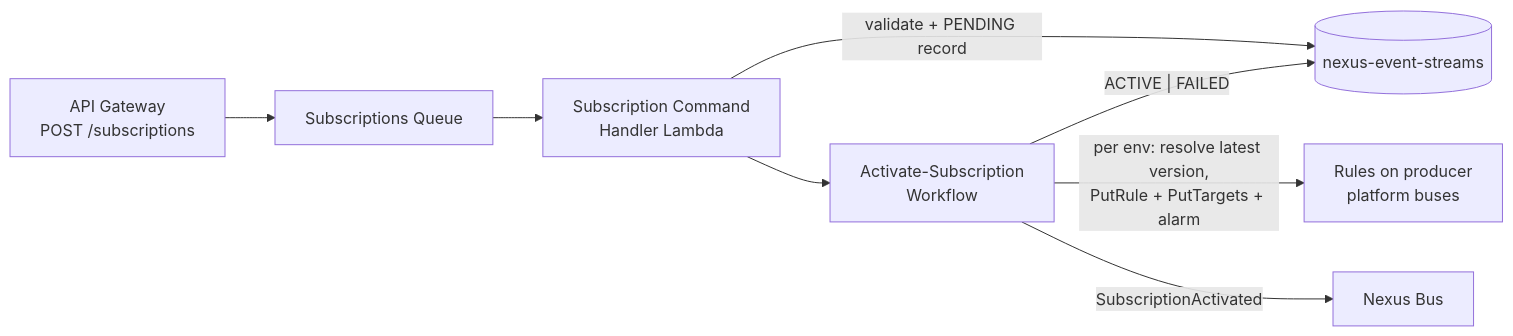
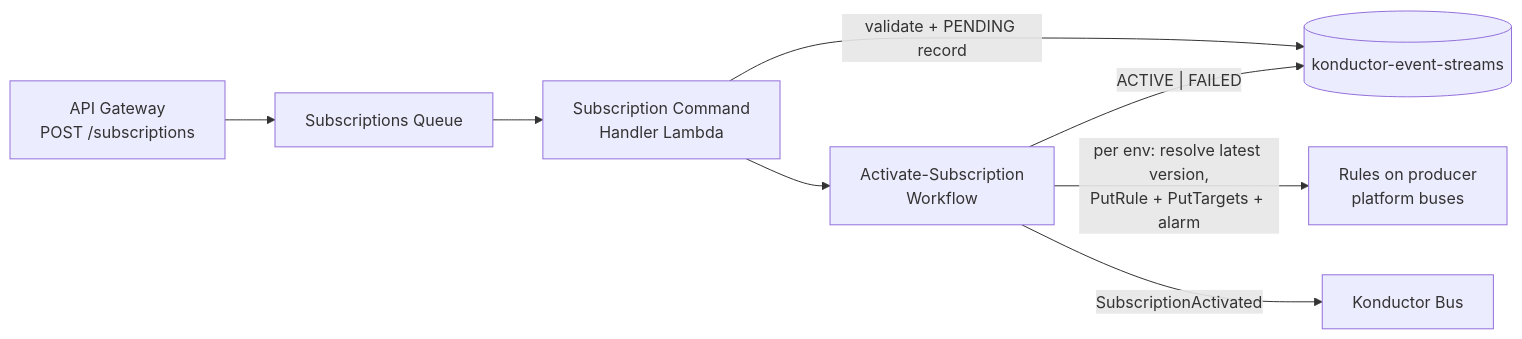
The tenth of 10 diagrams in docs/development/architecture.md (liedig/konductor4evb), drawn with Mermaid before and after one commit. The commit also changed other lines of this file and 37 other files, not shown here.

Commit message:
docs: rename product to Konductor for Amazon EventBridge

````diff
--- a/docs/development/architecture.md
+++ b/docs/development/architecture.md
@@ -626,10 +626,10 @@
 ```mermaid
 graph LR
     api["API Gateway<br/>POST /subscriptions"] --> q["Subscriptions Queue"]
     q --> handler["Subscription Command<br/>Handler Lambda"]
-    handler -->|"validate + PENDING record"| est[("nexus-event-streams")]
+    handler -->|"validate + PENDING record"| est[("konductor-event-streams")]
     handler --> wf["Activate-Subscription<br/>Workflow"]
     wf -->|"per env: resolve latest version,<br/>PutRule + PutTargets + alarm"| rules["Rules on producer<br/>platform buses"]
     wf -->|"ACTIVE | FAILED"| est
-    wf -->|"SubscriptionActivated"| bus["Nexus Bus"]
+    wf -->|"SubscriptionActivated"| bus["Konductor Bus"]
 ```
````
